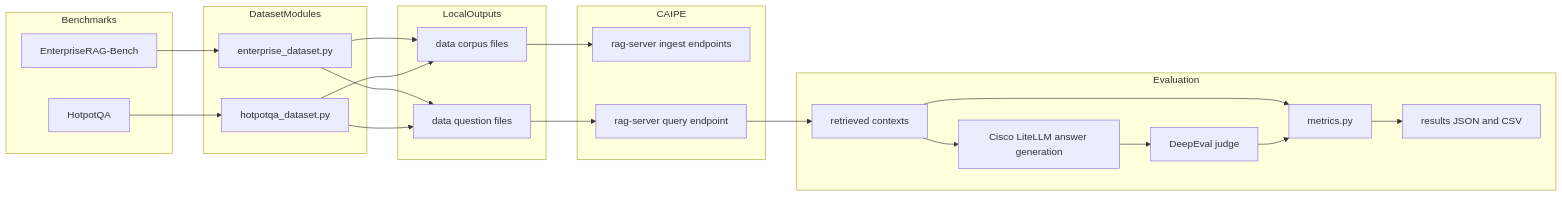
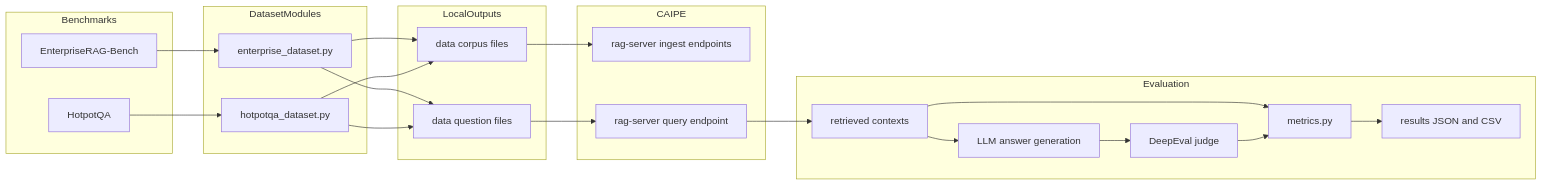
One commit to ucl-2026-comp0111-project2/CaipeDeepevalEvaluation changed the diagram in docs/architecture.md. Above: the diagram before and after it, drawn with Mermaid. The commit also changed other lines of this file and 9 other files, not shown here.

```diff
--- a/docs/architecture.md
+++ b/docs/architecture.md
@@ -7,45 +7,45 @@
 ~~~mermaid
 flowchart LR
     subgraph Benchmarks
         A[EnterpriseRAG-Bench]
         B[HotpotQA]
     end
 
     subgraph DatasetModules
         C[enterprise_dataset.py]
         D[hotpotqa_dataset.py]
     end
 
     subgraph LocalOutputs
         E[data corpus files]
         F[data question files]
     end
 
     subgraph CAIPE
         G[rag-server ingest endpoints]
         H[rag-server query endpoint]
     end
 
     subgraph Evaluation
         I[retrieved contexts]
-        J[Cisco LiteLLM answer generation]
+        J[LLM answer generation]
         K[DeepEval judge]
         L[metrics.py]
         M[results JSON and CSV]
     end
 
     A --> C
     B --> D
     C --> E
     C --> F
     D --> E
     D --> F
     E --> G
     F --> H
     H --> I
     I --> J
     J --> K
     I --> L
     K --> L
     L --> M
 ~~~
```
